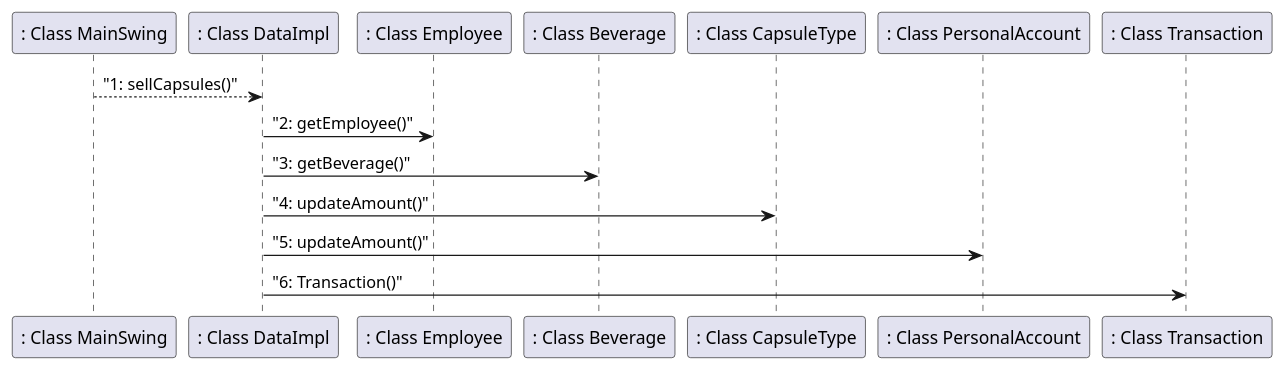
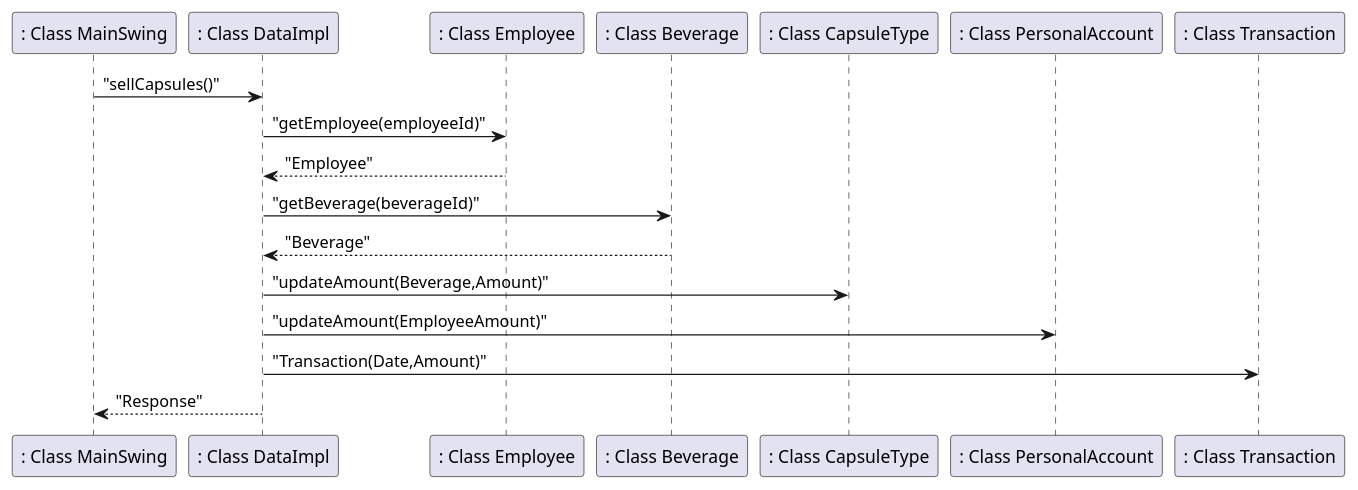
One commit to salvatore-dimartino/LaTazza changed the sixth of 7 diagrams in templates/DesignDocumentTemplate.md. Above: the diagram before and after it, drawn with PlantUML. The commit also changed other lines of this file, not shown here.

````diff
--- a/templates/DesignDocumentTemplate.md
+++ b/templates/DesignDocumentTemplate.md
@@ -282,8 +282,11 @@
 ```plantuml
-": Class MainSwing" --> ": Class DataImpl": "1: sellCapsules()"
-": Class DataImpl" -> ": Class Employee": "2: getEmployee()"
-": Class DataImpl" -> ": Class Beverage": "3: getBeverage()"
-": Class DataImpl" -> ": Class CapsuleType": "4: updateAmount()"
-": Class DataImpl" -> ": Class PersonalAccount": "5: updateAmount()"
-": Class DataImpl" -> ": Class Transaction": "6: Transaction()"
+": Class MainSwing" -> ": Class DataImpl": "sellCapsules()"
+": Class DataImpl" -> ": Class Employee": "getEmployee(employeeId)"
+": Class Employee" --> ": Class DataImpl": "Employee"
+": Class DataImpl" -> ": Class Beverage": "getBeverage(beverageId)"
+": Class Beverage" --> ": Class DataImpl": "Beverage"
+": Class DataImpl" -> ": Class CapsuleType": "updateAmount(Beverage,Amount)"
+": Class DataImpl" -> ": Class PersonalAccount": "updateAmount(EmployeeAmount)"
+": Class DataImpl" -> ": Class Transaction": "Transaction(Date,Amount)"
+": Class DataImpl" --> ": Class MainSwing": "Response"
 ```
````
